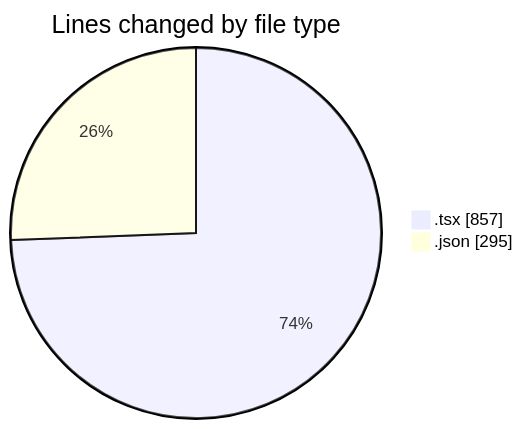
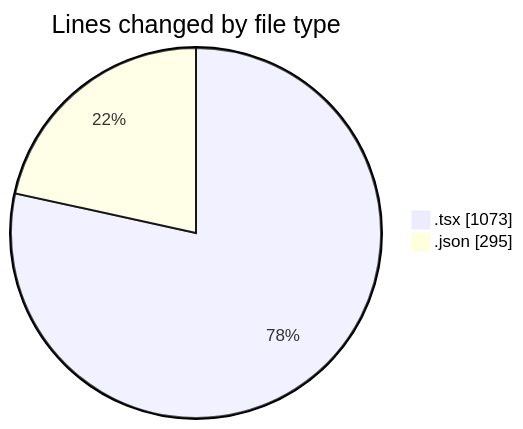
Before and after one commit to julien-gomy/code-tracking: the first of 2 diagrams in 2025-10-11/eventscop-frontend-guide__workspace_/README.md, drawn with Mermaid. The commit also changed other lines of this file and 1 other file, not shown here.

````diff
--- a/2025-10-11/eventscop-frontend-guide__workspace_/README.md
+++ b/2025-10-11/eventscop-frontend-guide__workspace_/README.md
@@ -27,6 +28,6 @@
 ```mermaid
 pie showData
 title Lines changed by file type
-".tsx" : 857
+".tsx" : 1073
 ".json" : 295
 ```
````
